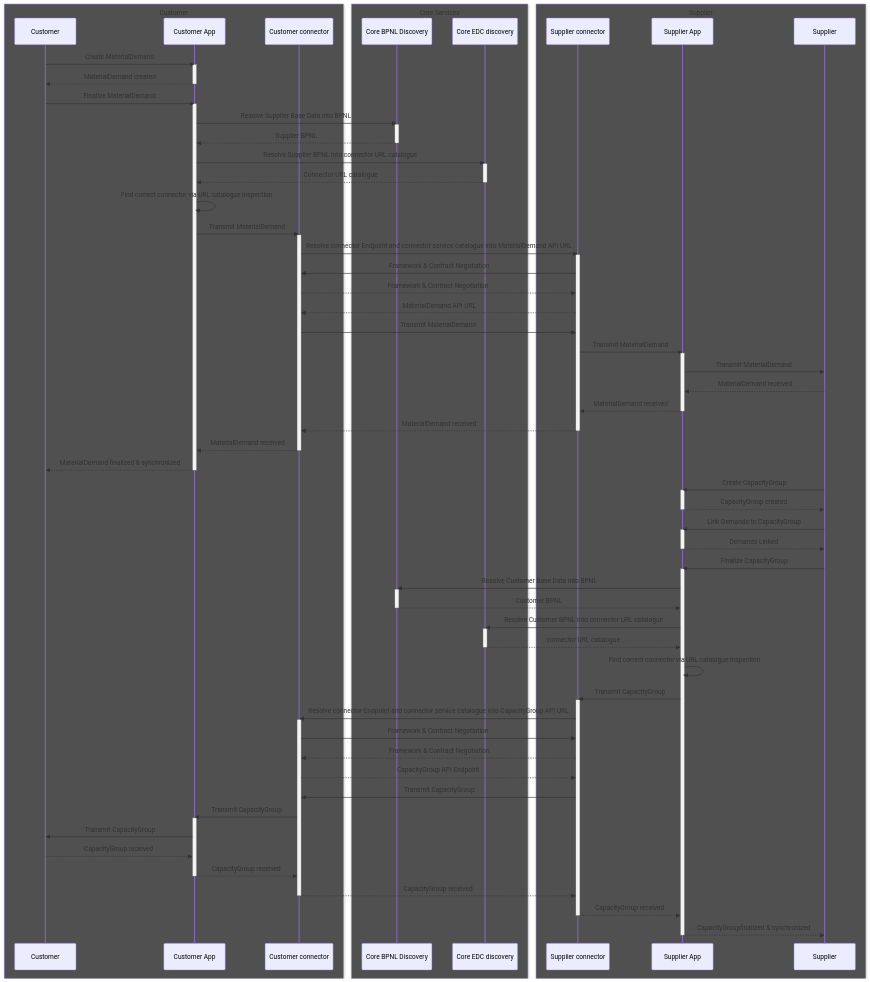
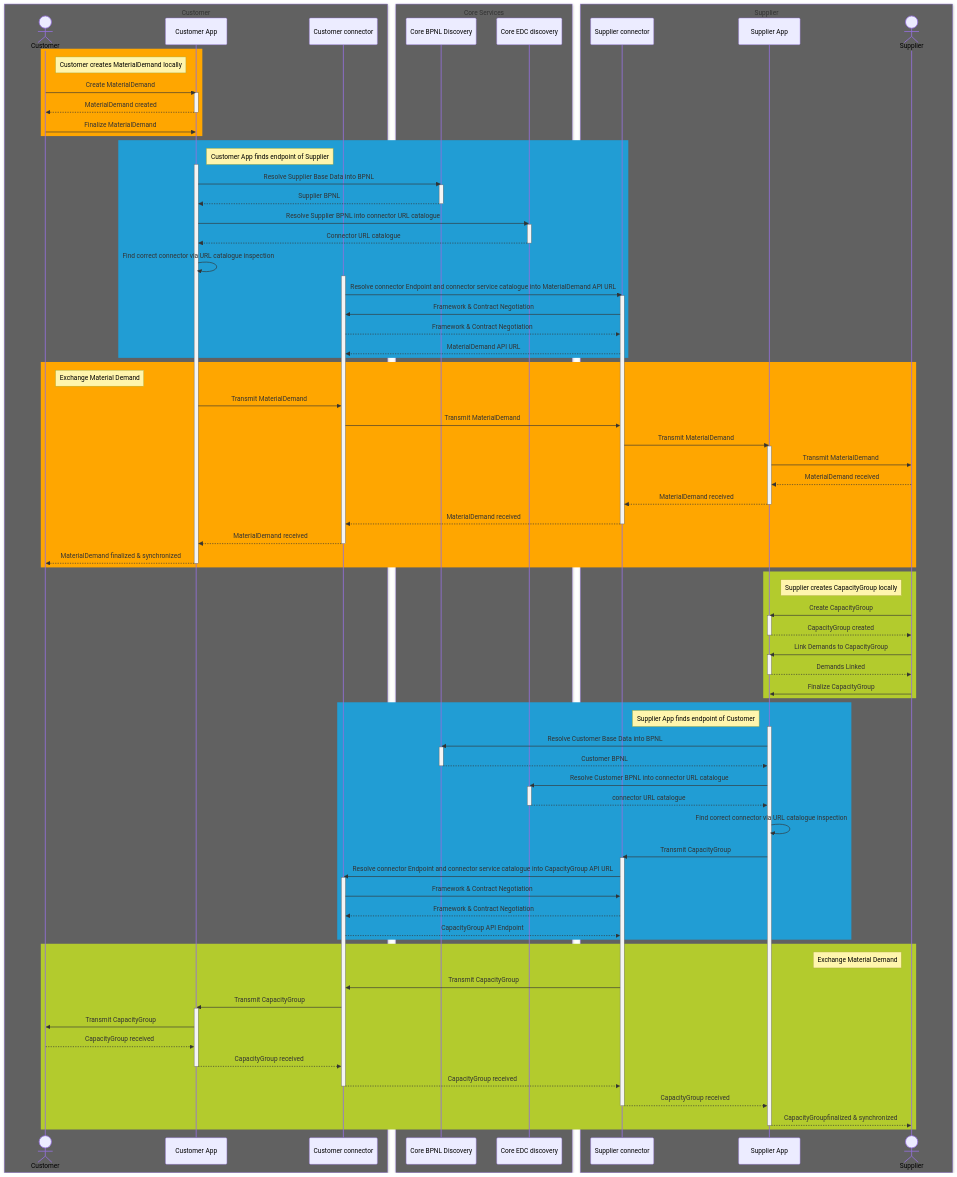
One commit to eclipse-tractusx/eclipse-tractusx.github.io changed the diagram in docs-kits/kits/DCM-Kit/page_architecture-view.md. Above: the diagram before and after it, drawn with Mermaid.

````diff
--- a/docs-kits/kits/DCM-Kit/page_architecture-view.md
+++ b/docs-kits/kits/DCM-Kit/page_architecture-view.md
@@ -71,93 +71,109 @@
 ```mermaid
 sequenceDiagram
-    box rgb(80,80,80) Customer
-    participant Customer
+    box rgb(97,97,97) Customer
+    actor Customer
     participant CustomerApp as Customer App
     participant CustomerConnector as Customer connector
     end
-    box rgb(80,80,80) Core Services
+    box rgb(97,97,97) Core Services
     participant CoreBpnlDiscovery as Core BPNL Discovery
     participant CoreEdcDiscovery as Core EDC discovery
     end
-    box rgb(80,80,80) Supplier
+    box rgb(97,97,97) Supplier
     participant SupplierConnector as Supplier connector
     participant SupplierApp as Supplier App
-    participant Supplier
+    actor Supplier
     end
-
-    Customer ->> CustomerApp: Create MaterialDemand
-    activate CustomerApp
-    CustomerApp -->> Customer: MaterialDemand created
-    deactivate CustomerApp
-    Customer ->> CustomerApp: Finalize MaterialDemand
-    activate CustomerApp
-    CustomerApp ->> CoreBpnlDiscovery: Resolve Supplier Base Data into BPNL
-    activate CoreBpnlDiscovery
-    CoreBpnlDiscovery -->> CustomerApp: Supplier BPNL
-    deactivate CoreBpnlDiscovery
-    CustomerApp ->> CoreEdcDiscovery: Resolve Supplier BPNL into connector URL catalogue
-    activate CoreEdcDiscovery
-    CoreEdcDiscovery -->> CustomerApp: Connector URL catalogue
-    deactivate CoreEdcDiscovery
-    CustomerApp ->> CustomerApp: Find correct connector via URL catalogue inspection
-    CustomerApp ->> CustomerConnector: Transmit MaterialDemand
+    rect rgb(255,166,0)
+        note right of Customer: Customer creates MaterialDemand locally
+        Customer ->> CustomerApp: Create MaterialDemand
+        activate CustomerApp
+        CustomerApp -->> Customer: MaterialDemand created
+        deactivate CustomerApp
+        Customer ->> CustomerApp: Finalize MaterialDemand
+    end
+    rect rgb(33,157,212)
+        note right of CustomerApp: Customer App finds endpoint of Supplier
+        activate CustomerApp
+        CustomerApp ->> CoreBpnlDiscovery: Resolve Supplier Base Data into BPNL
+        activate CoreBpnlDiscovery
+        CoreBpnlDiscovery -->> CustomerApp: Supplier BPNL
+        deactivate CoreBpnlDiscovery
+        CustomerApp ->> CoreEdcDiscovery: Resolve Supplier BPNL into connector URL catalogue
+        activate CoreEdcDiscovery
+        CoreEdcDiscovery -->> CustomerApp: Connector URL catalogue
+        deactivate CoreEdcDiscovery
+        CustomerApp ->> CustomerApp: Find correct connector via URL catalogue inspection
     activate CustomerConnector
-    CustomerConnector ->> SupplierConnector: Resolve connector Endpoint and connector service catalogue into MaterialDemand API URL
-    activate SupplierConnector
-    SupplierConnector ->> CustomerConnector: Framework & Contract Negotiation
-    CustomerConnector -->> SupplierConnector: Framework & Contract Negotiation
-    SupplierConnector -->> CustomerConnector: MaterialDemand API URL
-    CustomerConnector ->> SupplierConnector: Transmit MaterialDemand
-    SupplierConnector ->> SupplierApp: Transmit MaterialDemand
-    activate SupplierApp
-    SupplierApp ->> Supplier: Transmit MaterialDemand
-    Supplier -->> SupplierApp: MaterialDemand received
-    SupplierApp -->> SupplierConnector: MaterialDemand received
-    deactivate SupplierApp
-    SupplierConnector -->> CustomerConnector: MaterialDemand received
-    deactivate SupplierConnector
-    CustomerConnector -->> CustomerApp: MaterialDemand received
-    deactivate CustomerConnector
-    CustomerApp -->> Customer: MaterialDemand finalized & synchronized
-    deactivate CustomerApp
-
-    Supplier ->> SupplierApp: Create CapacityGroup
-    activate SupplierApp
-    SupplierApp -->> Supplier: CapacityGroup created
-    deactivate SupplierApp
-    Supplier ->> SupplierApp: Link Demands to CapacityGroup
-    activate SupplierApp
-    SupplierApp -->> Supplier: Demands Linked
-    deactivate SupplierApp
-    Supplier ->> SupplierApp: Finalize CapacityGroup
-    activate SupplierApp
-    SupplierApp ->> CoreBpnlDiscovery: Resolve Customer Base Data into BPNL
-    activate CoreBpnlDiscovery
-    CoreBpnlDiscovery -->> SupplierApp: Customer BPNL
-    deactivate CoreBpnlDiscovery
-    SupplierApp ->> CoreEdcDiscovery: Resolve Customer BPNL into connector URL catalogue
-    activate CoreEdcDiscovery
-    CoreEdcDiscovery -->> SupplierApp: connector URL catalogue
-    deactivate CoreEdcDiscovery
-    SupplierApp ->> SupplierApp: Find correct connector via URL catalogue inspection
-    SupplierApp ->> SupplierConnector: Transmit CapacityGroup
-    activate SupplierConnector
-    SupplierConnector ->> CustomerConnector: Resolve connector Endpoint and connector service catalogue into CapacityGroup API URL
-    activate CustomerConnector
-    CustomerConnector ->> SupplierConnector: Framework & Contract Negotiation
-    SupplierConnector -->> CustomerConnector: Framework & Contract Negotiation
-    CustomerConnector -->> SupplierConnector: CapacityGroup API Endpoint
-    SupplierConnector ->> CustomerConnector: Transmit CapacityGroup
-    CustomerConnector ->> CustomerApp: Transmit CapacityGroup
-    activate CustomerApp
-    CustomerApp ->> Customer: Transmit CapacityGroup
-    Customer -->> CustomerApp: CapacityGroup received
-    CustomerApp -->> CustomerConnector: CapacityGroup received
-    deactivate CustomerApp
-    CustomerConnector -->> SupplierConnector: CapacityGroup received
-    deactivate CustomerConnector
-    SupplierConnector -->> SupplierApp: CapacityGroup received
-    deactivate SupplierConnector
-    SupplierApp -->> Supplier: CapacityGroupfinalized & synchronized
-    deactivate SupplierApp
+        CustomerConnector ->> SupplierConnector: Resolve connector Endpoint and connector service catalogue into MaterialDemand API URL
+        activate SupplierConnector
+        SupplierConnector ->> CustomerConnector: Framework & Contract Negotiation
+        CustomerConnector -->> SupplierConnector: Framework & Contract Negotiation
+        SupplierConnector -->> CustomerConnector: MaterialDemand API URL
+    end
+    rect rgb(255,166,0)
+        note right of Customer: Exchange Material Demand
+        CustomerApp ->> CustomerConnector: Transmit MaterialDemand        
+        CustomerConnector ->> SupplierConnector: Transmit MaterialDemand
+        SupplierConnector ->> SupplierApp: Transmit MaterialDemand
+        activate SupplierApp
+        SupplierApp ->> Supplier: Transmit MaterialDemand
+        Supplier -->> SupplierApp: MaterialDemand received
+        SupplierApp -->> SupplierConnector: MaterialDemand received
+        deactivate SupplierApp
+        SupplierConnector -->> CustomerConnector: MaterialDemand received
+        deactivate SupplierConnector
+        CustomerConnector -->> CustomerApp: MaterialDemand received
+        deactivate CustomerConnector
+        CustomerApp -->> Customer: MaterialDemand finalized & synchronized
+        deactivate CustomerApp
+    end
+    rect rgb(179,203,45)
+    note left of Supplier: Supplier creates CapacityGroup locally
+        Supplier ->> SupplierApp: Create CapacityGroup
+        activate SupplierApp
+        SupplierApp -->> Supplier: CapacityGroup created
+        deactivate SupplierApp
+        Supplier ->> SupplierApp: Link Demands to CapacityGroup
+        activate SupplierApp
+        SupplierApp -->> Supplier: Demands Linked
+        deactivate SupplierApp
+        Supplier ->> SupplierApp: Finalize CapacityGroup
+    end
+    rect rgb(33,157,212)
+        note left of SupplierApp: Supplier App finds endpoint of Customer
+        activate SupplierApp
+        SupplierApp ->> CoreBpnlDiscovery: Resolve Customer Base Data into BPNL
+        activate CoreBpnlDiscovery
+        CoreBpnlDiscovery -->> SupplierApp: Customer BPNL
+        deactivate CoreBpnlDiscovery
+        SupplierApp ->> CoreEdcDiscovery: Resolve Customer BPNL into connector URL catalogue
+        activate CoreEdcDiscovery
+        CoreEdcDiscovery -->> SupplierApp: connector URL catalogue
+        deactivate CoreEdcDiscovery
+        SupplierApp ->> SupplierApp: Find correct connector via URL catalogue inspection
+        SupplierApp ->> SupplierConnector: Transmit CapacityGroup
+        activate SupplierConnector
+        SupplierConnector ->> CustomerConnector: Resolve connector Endpoint and connector service catalogue into CapacityGroup API URL
+        activate CustomerConnector
+        CustomerConnector ->> SupplierConnector: Framework & Contract Negotiation
+        SupplierConnector -->> CustomerConnector: Framework & Contract Negotiation
+        CustomerConnector -->> SupplierConnector: CapacityGroup API Endpoint
+    end 
+    rect rgb(179,203,45)
+        note left of Supplier: Exchange Material Demand
+        SupplierConnector ->> CustomerConnector: Transmit CapacityGroup
+        CustomerConnector ->> CustomerApp: Transmit CapacityGroup
+        activate CustomerApp
+        CustomerApp ->> Customer: Transmit CapacityGroup
+        Customer -->> CustomerApp: CapacityGroup received
+        CustomerApp -->> CustomerConnector: CapacityGroup received
+        deactivate CustomerApp
+        CustomerConnector -->> SupplierConnector: CapacityGroup received
+        deactivate CustomerConnector
+        SupplierConnector -->> SupplierApp: CapacityGroup received
+        deactivate SupplierConnector
+        SupplierApp -->> Supplier: CapacityGroupfinalized & synchronized
+        deactivate SupplierApp
+    end
 ```
````
